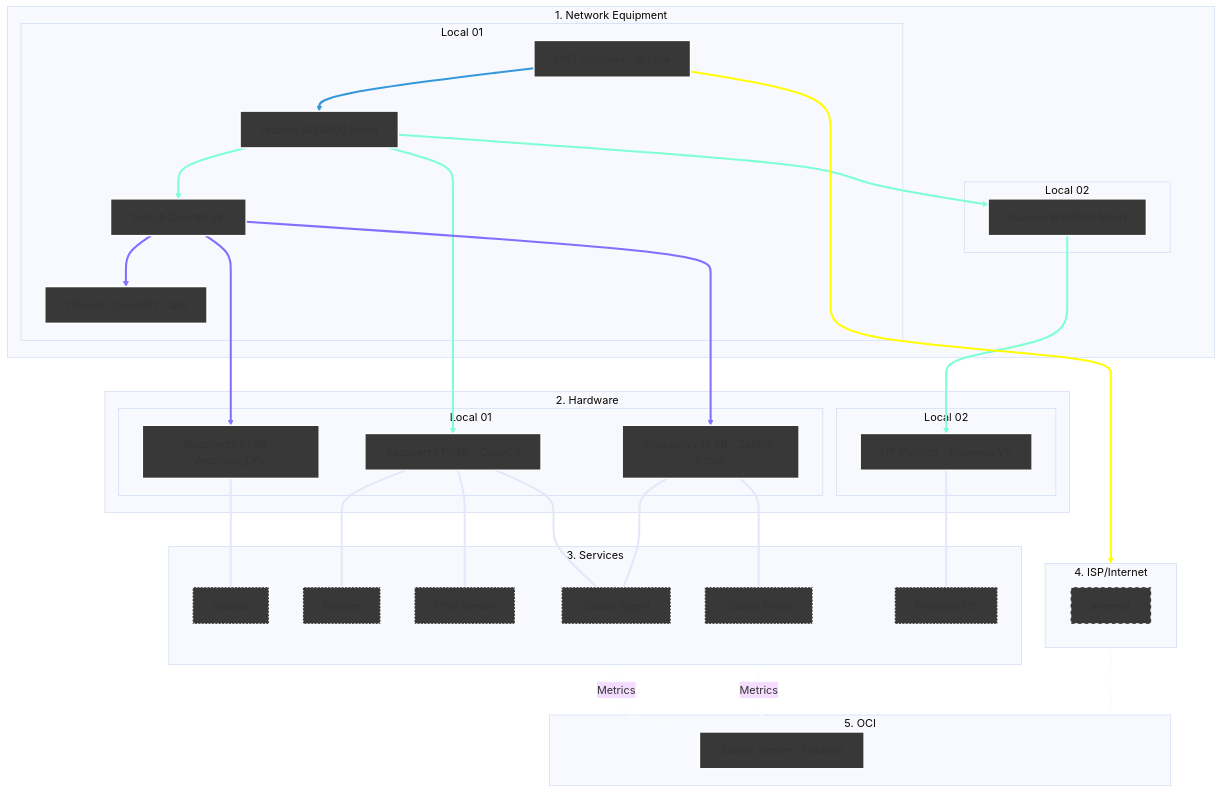
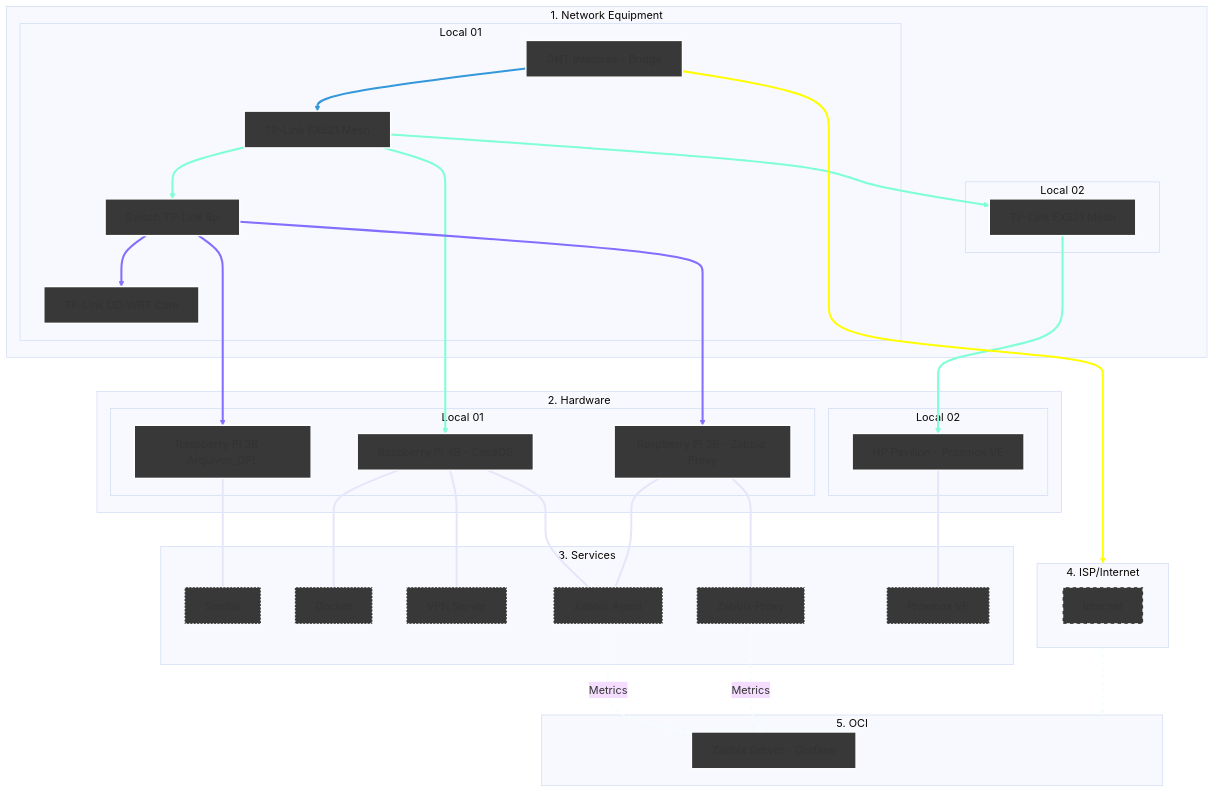
The diagram in Infrastructure/README.md (kevindexter22/Dr-Hardware-Autonet), drawn with Mermaid (base theme) before and after one commit.

Commit message:
Update network equipment details in README

````diff
--- a/Infrastructure/README.md
+++ b/Infrastructure/README.md
@@ -13,72 +13,72 @@
 ```mermaid
 graph TD
     %% Styles
     classDef network fill:#383838,stroke:#FFFFFF,stroke-width:2px;
     classDef hardware fill:#383838,stroke:#FFFFFF,stroke-width:2px;
     classDef internet fill:#383838,stroke:#FFFFFF,stroke-width:2px,stroke-dasharray: 5 5;
     classDef services fill:#383838,stroke:#FFFFFF,stroke-width:2px, stroke-dasharray: 2 3;
     classDef oci fill:#383838,stroke:#FFFFFF,stroke-width:2px;
 
     %% 1. NETWORK EQUIPMENT
     subgraph Principal["1. Network Equipment"]
     subgraph S1 [Local 01]
-        ONT[ONT Intelbras - Bridge]:::network --> R_Mesh1[Huawei WS5800 Mesh]:::network
-        R_Mesh1 --> SW1[Switch Overtek 8p]:::network
-        SW1 --> R_Cams[TP-Link OpenWRT Cam]:::network    
+        ONT[ONT Intelbras - Bridge]:::network --> R_Mesh1[TP-Link EX521 Mesh]:::network
+        R_Mesh1 --> SW1[Switch TP-Link 8p]:::network
+        SW1 --> R_Cams[TP-Link DD-WRT Cam]:::network    
     end
     subgraph S2 [Local 02]
-        R_Mesh1 --> R_Mesh2[Huawei WS5800 Mesh]:::network
+        R_Mesh1 --> R_Mesh2[TP-Link EX521 Mesh]:::network
     end
     end
     
     %% 2. HARDWARE
     subgraph Principal02["2. Hardware"]
     subgraph S3 [Local 01]
         SW1 ---> RPi3B_1[Raspberry Pi 3B - Arquivos_OPL]:::hardware
         R_Mesh1 ---> RPi4B[Raspberry Pi 4B - CasaOS]:::hardware
         SW1 ---> RPi3B_2[Raspberry Pi 3B - Zabbix Proxy]:::hardware
     end
     subgraph S4 [Local 02]
         R_Mesh2 ---> HP[HP Pavilion - Proxmox VE]:::hardware
     end
     end
 
     %% 3. SERVICES     
     subgraph S5 [3. Services];
         RPi3B_1 --- SMB1[Samba]:::services
         RPi4B --- Docker[Docker]:::services
         RPi4B --- VPN[VPN Server]:::services
         RPi4B --- ZA[Zabbix Agent]:::services
         RPi3B_2 --- ZA[Zabbix Agent]:::services
         RPi3B_2 --- ZP[Zabbix Proxy]:::services
         HP --- PVE[Proxmox VE]:::services        
     end
 
     %% 4. Internet (The Bridge)
     subgraph S6 [4. ISP/Internet]
            internet[Internet]:::internet
     end
 
     %% 5. Oracle Cloud Infrastructure
     subgraph S7 [5. OCI]
         ZS[Zabbix Server - Grafana]:::oci
     end
 
     %% Conections of data flow
     ONT --> S6
     S6 --> S7
     
     %% Logical conections
     ZA -.-> |Metrics| ZS
     ZP -.-> |Metrics| ZS 
 
     %% --- Set collor on conections ---
     
     linkStyle 0 stroke:#3498db,stroke-width:3px;
     linkStyle 1,3,5,7 stroke:#7FFFD4,stroke-width:3px;
     linkStyle 2,4,6 stroke:#836FFF,stroke-width:3px;
     linkStyle 8,9,10,11,12,13,14 stroke:#E6E6FA,stroke-width:3px;
     linkStyle 15 stroke:#FFFF00,stroke-width:3px;
     linkStyle 16,17,18 stroke:#F5FFFA,stroke-width:3px,stroke-dasharray: 5 5;
 
 ```
````
